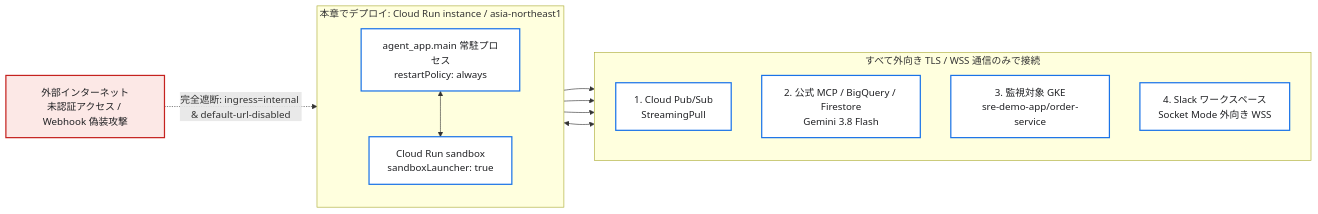
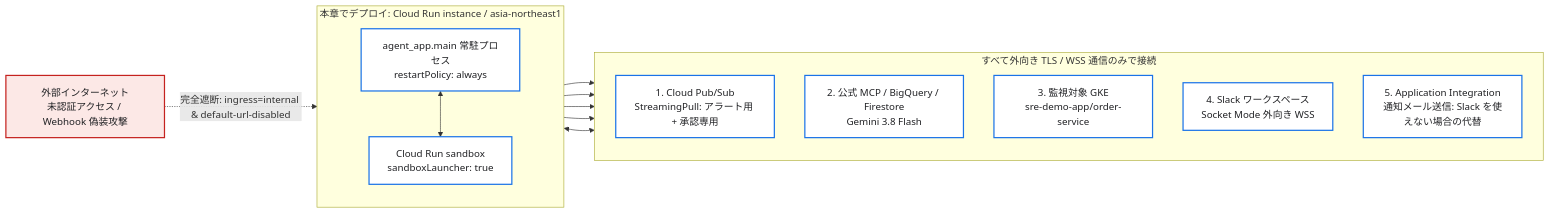
Before and after one commit to tyorikan/agentic-sre-handson: the first of 5 diagrams in docs/05-deploy-cloud-run-instance-and-drills.md, drawn with Mermaid. The commit also changed other lines of this file and 24 other files, not shown here.

````diff
--- a/docs/05-deploy-cloud-run-instance-and-drills.md
+++ b/docs/05-deploy-cloud-run-instance-and-drills.md
@@ -17,25 +17,26 @@
 ```mermaid
 flowchart LR
     Internet["外部インターネット<br/>未認証アクセス / Webhook 偽装攻撃"] -.->|"完全遮断: ingress=internal & default-url-disabled"| Daemon
 
     subgraph Instance["本章でデプロイ: Cloud Run instance / asia-northeast1"]
         direction TB
         Daemon["agent_app.main 常駐プロセス<br/>restartPolicy: always"] <--> SubSB["Cloud Run sandbox<br/>sandboxLauncher: true"]
     end
 
     subgraph Outbound["すべて外向き TLS / WSS 通信のみで接続"]
         direction TB
-        PS["1. Cloud Pub/Sub<br/>StreamingPull"]
+        PS["1. Cloud Pub/Sub<br/>StreamingPull: アラート用 + 承認専用"]
         GCP["2. 公式 MCP / BigQuery / Firestore<br/>Gemini 3.8 Flash"]
         GKE["3. 監視対象 GKE<br/>sre-demo-app/order-service"]
         Slack["4. Slack ワークスペース<br/>Socket Mode 外向き WSS"]
+        Mail["5. Application Integration<br/>通知メール送信: Slack を使えない場合の代替"]
     end
 
-    Daemon --> PS & GCP & GKE
+    Daemon --> PS & GCP & GKE & Mail
     Daemon <--> Slack
 
     classDef block fill:#fce8e6,stroke:#c5221f,stroke-width:2px,color:#202124;
     classDef core fill:#ffffff,stroke:#1a73e8,stroke-width:2px,color:#202124;
     class Internet block;
-    class SubSB,Daemon,PS,GCP,GKE,Slack core;
+    class SubSB,Daemon,PS,GCP,GKE,Slack,Mail core;
 ```
````
